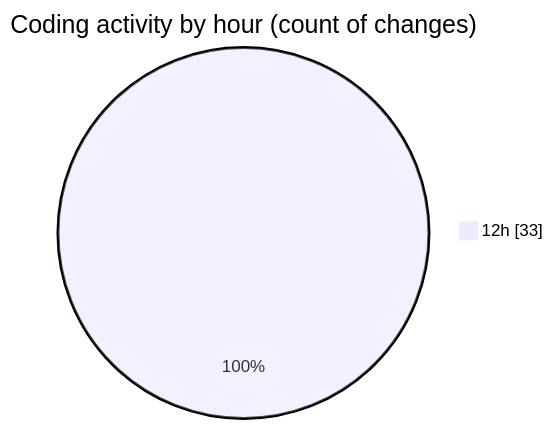
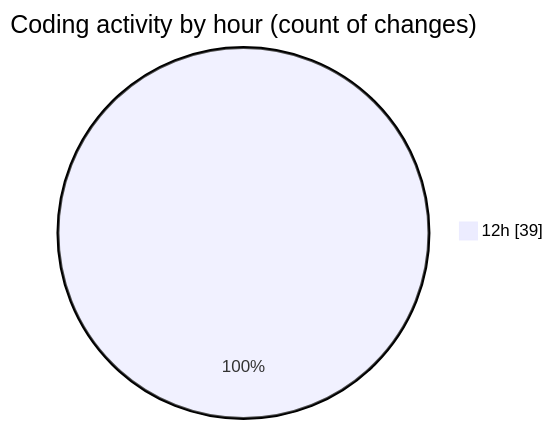
One commit to momahboobian/code-tracking changed the second of 2 diagrams in 2025-12-02/cda/README.md. Above: the diagram before and after it, drawn with Mermaid. The commit also changed other lines of this file and 1 other file, not shown here.

````diff
--- a/2025-12-02/cda/README.md
+++ b/2025-12-02/cda/README.md
@@ -32,5 +32,5 @@
 ```mermaid
 pie showData
 title Coding activity by hour (count of changes)
-"12h" : 33
+"12h" : 39
 ```
````
